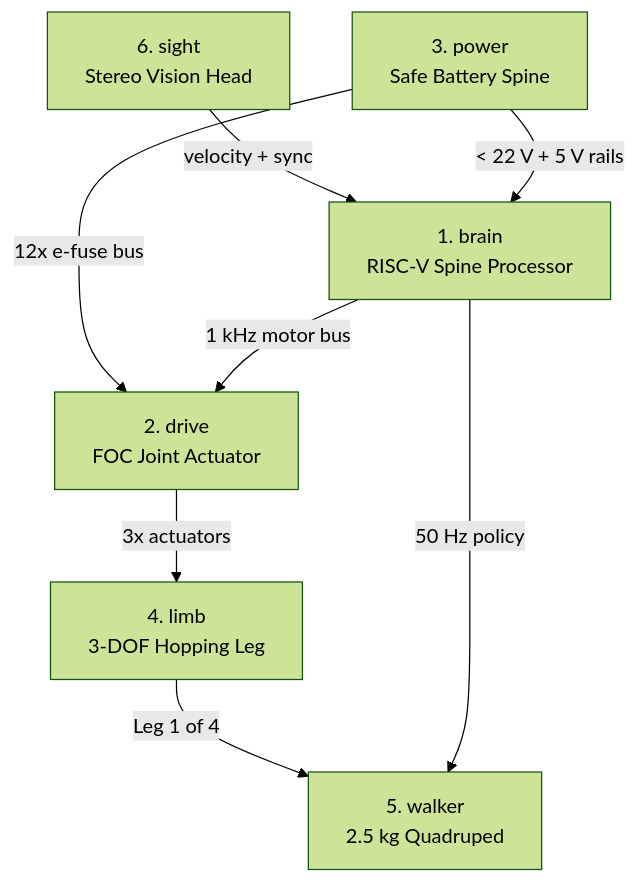
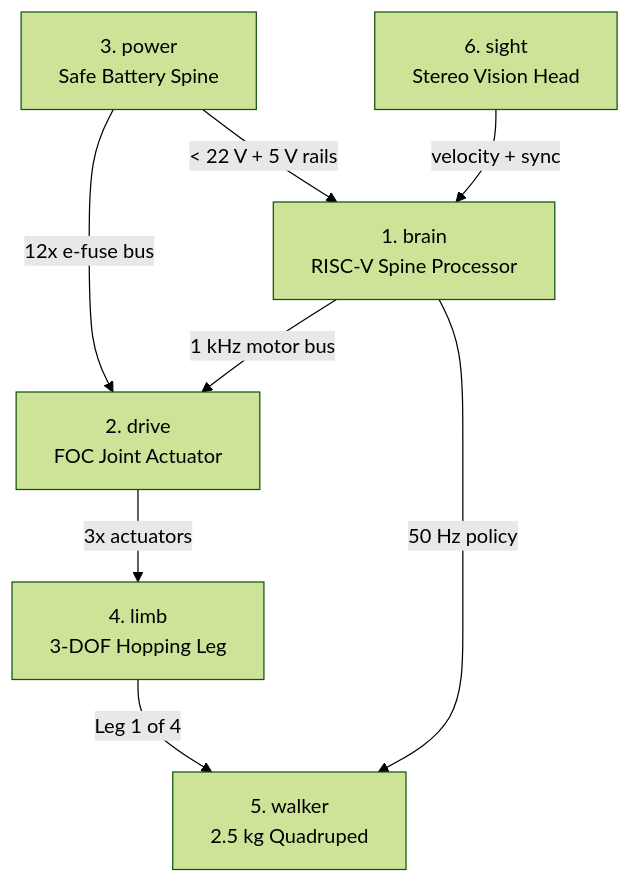
Before and after one commit to Ethanex8/apex: the diagram in VISION.md, drawn with Mermaid (forest theme). The commit also changed other lines of this file and 20 other files, not shown here.

````diff
--- a/VISION.md
+++ b/VISION.md
@@ -35,17 +35,17 @@
 ```mermaid
 flowchart TD
+    POWER["3. power<br/>Safe Battery Spine"]
     SIGHT["6. sight<br/>Stereo Vision Head"]
-    POWER["3. power<br/>Safe Battery Spine"]
+    DRIVE["2. drive<br/>FOC Joint Actuator"]
     BRAIN["1. brain<br/>RISC-V Spine Processor"]
-    DRIVE["2. drive<br/>FOC Joint Actuator"]
     LIMB["4. limb<br/>3-DOF Hopping Leg"]
     WALKER["5. walker<br/>2.5 kg Quadruped"]
 
+    POWER -->|"12x e-fuse bus"| DRIVE
+    POWER -->|"< 22 V + 5 V rails"| BRAIN
     SIGHT -->|"velocity + sync"| BRAIN
-    POWER -->|"< 22 V + 5 V rails"| BRAIN
-    POWER -->|"12x e-fuse bus"| DRIVE
     BRAIN -->|"1 kHz motor bus"| DRIVE
     DRIVE -->|"3x actuators"| LIMB
     LIMB -->|"Leg 1 of 4"| WALKER
     BRAIN -->|"50 Hz policy"| WALKER
 ```
````
